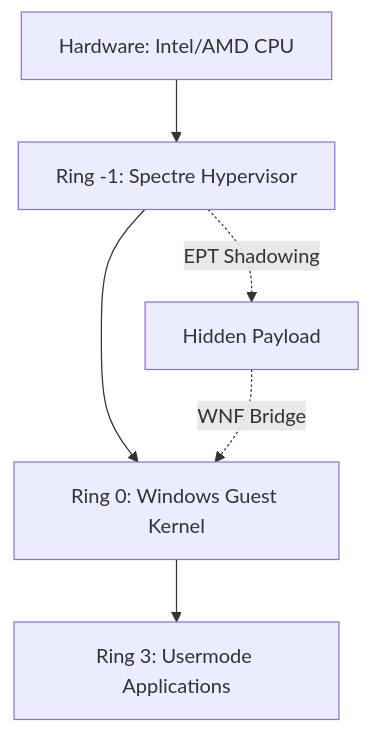
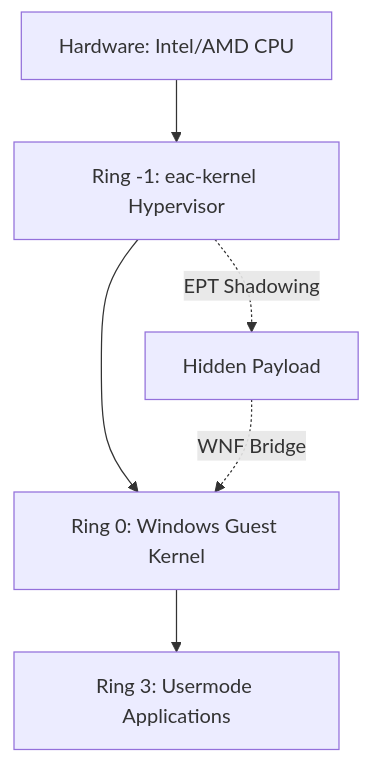
One commit to Urjosh123/eac-kernel changed the diagram in README.md. Above: the diagram before and after it, drawn with Mermaid.

Commit message:
Finalized README with simple eac-kernel branding

````diff
--- a/README.md
+++ b/README.md
@@ -9,8 +9,8 @@
 ```mermaid
 graph TD
-    A[Hardware: Intel/AMD CPU] --> B[Ring -1: Spectre Hypervisor]
+    A[Hardware: Intel/AMD CPU] --> B[Ring -1: eac-kernel Hypervisor]
     B --> C[Ring 0: Windows Guest Kernel]
     C --> D[Ring 3: Usermode Applications]
     B -.->|EPT Shadowing| E[Hidden Payload]
     E -.->|WNF Bridge| C
 ```
````
